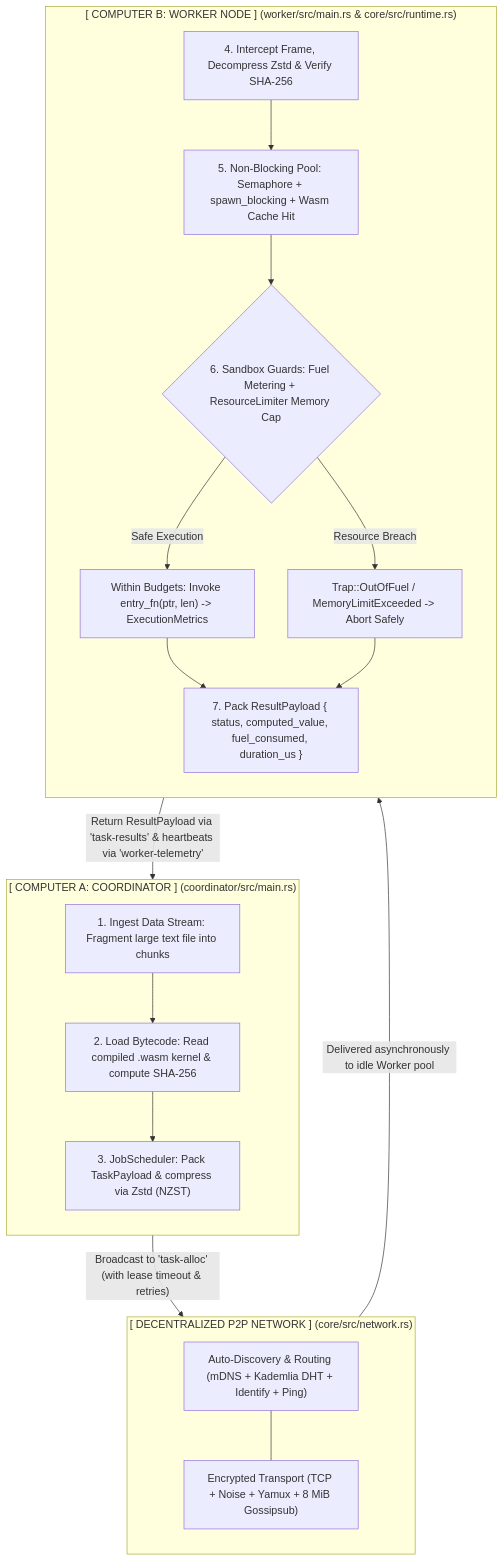
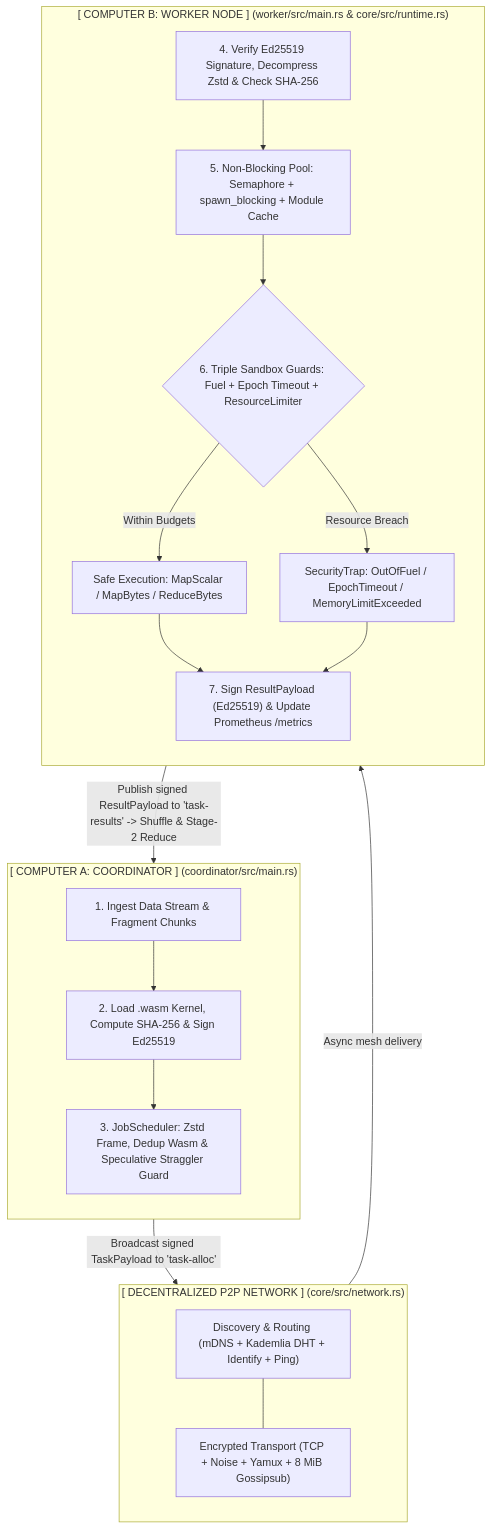
One commit to AM4517UMOR4NG/Nitro-Compute changed the first of 2 diagrams in README.md. Above: the diagram before and after it, drawn with Mermaid. The commit also changed other lines of this file, not shown here.

Commit message:
docs(readme): showcase v0.3.0 forbid(unsafe_code), 2-phase Reduce, speculative backup, and /metrics

````diff
--- a/README.md
+++ b/README.md
@@ -53,35 +55,35 @@
 ```mermaid
 flowchart TD
     subgraph ComputerA["[ COMPUTER A: COORDINATOR ] (coordinator/src/main.rs)"]
         direction TB
-        Step1["1. Ingest Data Stream: Fragment large text file into chunks"]
-        Step2["2. Load Bytecode: Read compiled .wasm kernel & compute SHA-256"]
-        Step3["3. JobScheduler: Pack TaskPayload & compress via Zstd (NZST)"]
+        Step1["1. Ingest Data Stream & Fragment Chunks"]
+        Step2["2. Load .wasm Kernel, Compute SHA-256 & Sign Ed25519"]
+        Step3["3. JobScheduler: Zstd Frame, Dedup Wasm & Speculative Straggler Guard"]
         Step1 --> Step2 --> Step3
     end
 
     subgraph P2PMesh["[ DECENTRALIZED P2P NETWORK ] (core/src/network.rs)"]
         direction TB
-        MeshRouting["Auto-Discovery & Routing (mDNS + Kademlia DHT + Identify + Ping)"]
+        MeshRouting["Discovery & Routing (mDNS + Kademlia DHT + Identify + Ping)"]
         MeshCrypto["Encrypted Transport (TCP + Noise + Yamux + 8 MiB Gossipsub)"]
         MeshRouting --- MeshCrypto
     end
 
     subgraph ComputerB["[ COMPUTER B: WORKER NODE ] (worker/src/main.rs & core/src/runtime.rs)"]
         direction TB
-        Step4["4. Intercept Frame, Decompress Zstd & Verify SHA-256"]
-        Step5["5. Non-Blocking Pool: Semaphore + spawn_blocking + Wasm Cache Hit"]
-        Step6{"6. Sandbox Guards: Fuel Metering + ResourceLimiter Memory Cap"}
-        SafeBranch["Within Budgets: Invoke entry_fn(ptr, len) -> ExecutionMetrics"]
-        TrapBranch["Trap::OutOfFuel / MemoryLimitExceeded -> Abort Safely"]
-        Step7["7. Pack ResultPayload { status, computed_value, fuel_consumed, duration_us }"]
+        Step4["4. Verify Ed25519 Signature, Decompress Zstd & Check SHA-256"]
+        Step5["5. Non-Blocking Pool: Semaphore + spawn_blocking + Module Cache"]
+        Step6{"6. Triple Sandbox Guards: Fuel + Epoch Timeout + ResourceLimiter"}
+        SafeBranch["Safe Execution: MapScalar / MapBytes / ReduceBytes"]
+        TrapBranch["SecurityTrap: OutOfFuel / EpochTimeout / MemoryLimitExceeded"]
+        Step7["7. Sign ResultPayload (Ed25519) & Update Prometheus /metrics"]
 
         Step4 --> Step5 --> Step6
-        Step6 -- "Safe Execution" --> SafeBranch --> Step7
+        Step6 -- "Within Budgets" --> SafeBranch --> Step7
         Step6 -- "Resource Breach" --> TrapBranch --> Step7
     end
 
-    Step3 -- "Broadcast to 'task-alloc' (with lease timeout & retries)" --> P2PMesh
-    P2PMesh -- "Delivered asynchronously to idle Worker pool" --> Step4
-    Step7 -- "Return ResultPayload via 'task-results' & heartbeats via 'worker-telemetry'" --> ComputerA
+    Step3 -- "Broadcast signed TaskPayload to 'task-alloc'" --> P2PMesh
+    P2PMesh -- "Async mesh delivery" --> Step4
+    Step7 -- "Publish signed ResultPayload to 'task-results' -> Shuffle & Stage-2 Reduce" --> ComputerA
 ```
````
